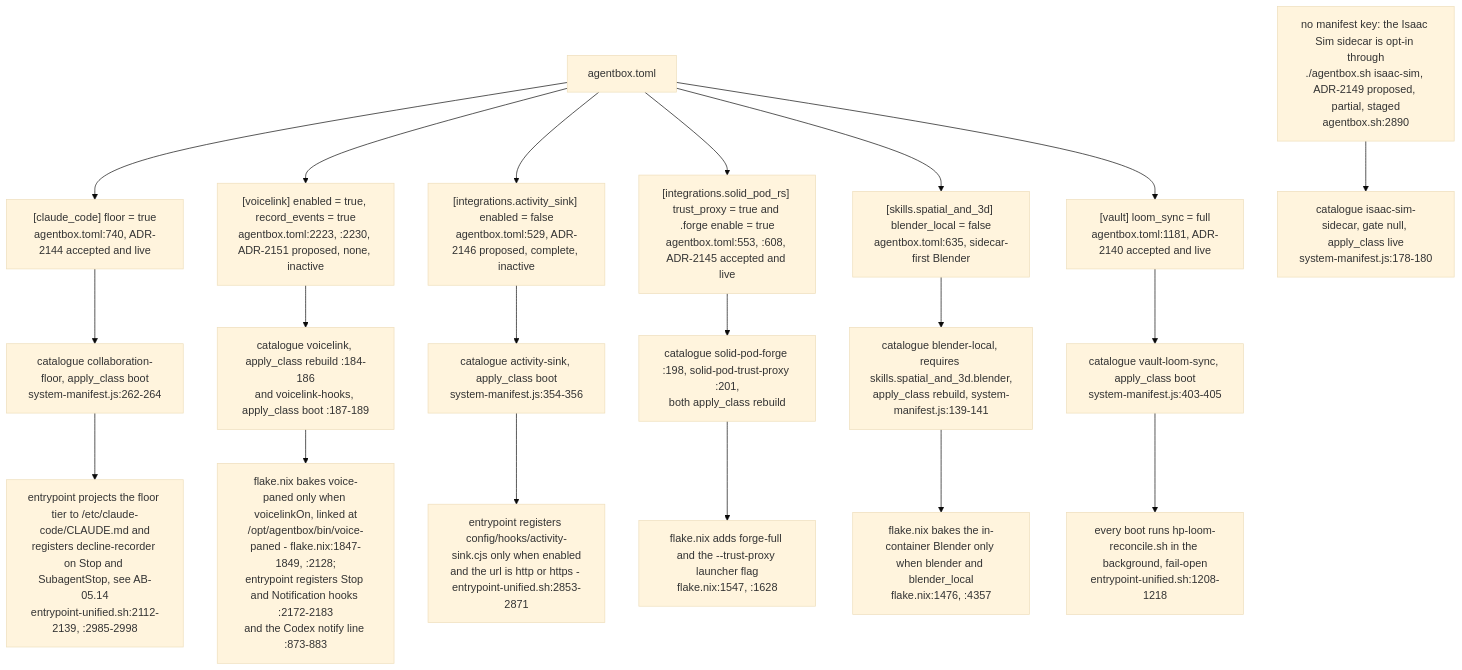
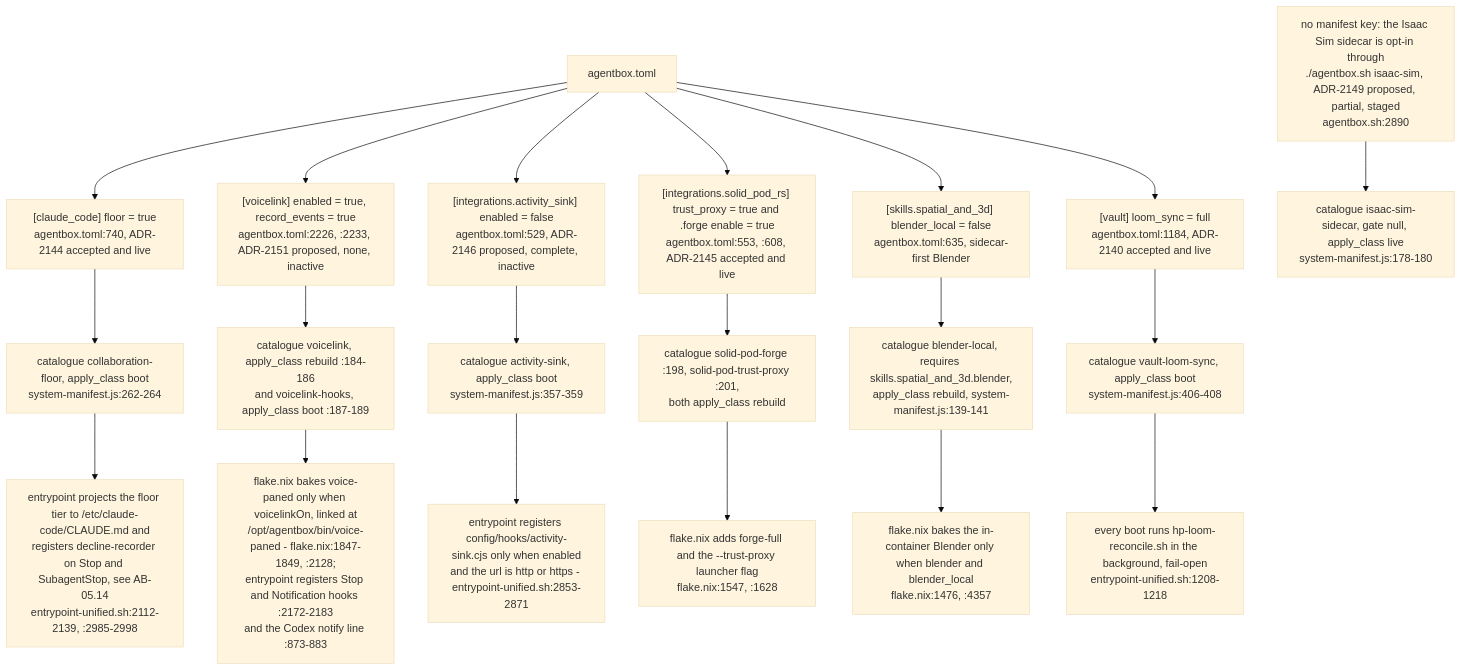
One commit to DreamLab-AI/VisionFlow changed diagram 16 of 16 in docs/diagrams/agentbox/05-manifest-gates-and-cli.md. Above: the diagram before and after it, drawn with Mermaid (base theme). The commit also changed other lines of this file and 142 other files, not shown here.

First line of the commit message:
docs(diagrams): one System One route; re-verify 140 topics at today's heads

````diff
--- a/docs/diagrams/agentbox/05-manifest-gates-and-cli.md
+++ b/docs/diagrams/agentbox/05-manifest-gates-and-cli.md
@@ -583,26 +583,26 @@
 ```mermaid
 flowchart TB
     TOML["agentbox.toml"]
     TOML --> G1["[claude_code] floor = true<br/>agentbox.toml:740, ADR-2144 accepted and live"]
-    TOML --> G2["[voicelink] enabled = true, record_events = true<br/>agentbox.toml:2223, :2230, ADR-2151 proposed, none, inactive"]
+    TOML --> G2["[voicelink] enabled = true, record_events = true<br/>agentbox.toml:2226, :2233, ADR-2151 proposed, none, inactive"]
     TOML --> G3["[integrations.activity_sink] enabled = false<br/>agentbox.toml:529, ADR-2146 proposed, complete, inactive"]
     TOML --> G4["[integrations.solid_pod_rs] trust_proxy = true and .forge enable = true<br/>agentbox.toml:553, :608, ADR-2145 accepted and live"]
     TOML --> G5["[skills.spatial_and_3d] blender_local = false<br/>agentbox.toml:635, sidecar-first Blender"]
-    TOML --> G6["[vault] loom_sync = full<br/>agentbox.toml:1181, ADR-2140 accepted and live"]
+    TOML --> G6["[vault] loom_sync = full<br/>agentbox.toml:1184, ADR-2140 accepted and live"]
     NOKEY["no manifest key: the Isaac Sim sidecar is opt-in through<br/>./agentbox.sh isaac-sim, ADR-2149 proposed, partial, staged<br/>agentbox.sh:2890"]
 
     G1 --> C1["catalogue collaboration-floor, apply_class boot<br/>system-manifest.js:262-264"]
     G2 --> C2["catalogue voicelink, apply_class rebuild :184-186<br/>and voicelink-hooks, apply_class boot :187-189"]
-    G3 --> C3["catalogue activity-sink, apply_class boot<br/>system-manifest.js:354-356"]
+    G3 --> C3["catalogue activity-sink, apply_class boot<br/>system-manifest.js:357-359"]
     G4 --> C4["catalogue solid-pod-forge :198, solid-pod-trust-proxy :201,<br/>both apply_class rebuild"]
     G5 --> C5["catalogue blender-local, requires skills.spatial_and_3d.blender,<br/>apply_class rebuild, system-manifest.js:139-141"]
-    G6 --> C6["catalogue vault-loom-sync, apply_class boot<br/>system-manifest.js:403-405"]
+    G6 --> C6["catalogue vault-loom-sync, apply_class boot<br/>system-manifest.js:406-408"]
     NOKEY --> C7["catalogue isaac-sim-sidecar, gate null, apply_class live<br/>system-manifest.js:178-180"]
 
     C1 --> B1["entrypoint projects the floor tier to /etc/claude-code/CLAUDE.md and<br/>registers decline-recorder on Stop and SubagentStop, see AB-05.14<br/>entrypoint-unified.sh:2112-2139, :2985-2998"]
     C2 --> B2["flake.nix bakes voice-paned only when voicelinkOn, linked at<br/>/opt/agentbox/bin/voice-paned - flake.nix:1847-1849, :2128;<br/>entrypoint registers Stop and Notification hooks :2172-2183<br/>and the Codex notify line :873-883"]
     C3 --> B3["entrypoint registers config/hooks/activity-sink.cjs only when enabled<br/>and the url is http or https - entrypoint-unified.sh:2853-2871"]
     C4 --> B4["flake.nix adds forge-full and the --trust-proxy launcher flag<br/>flake.nix:1547, :1628"]
     C5 --> B5["flake.nix bakes the in-container Blender only when blender and blender_local<br/>flake.nix:1476, :4357"]
     C6 --> B6["every boot runs hp-loom-reconcile.sh in the background, fail-open<br/>entrypoint-unified.sh:1208-1218"]
 ```
````
